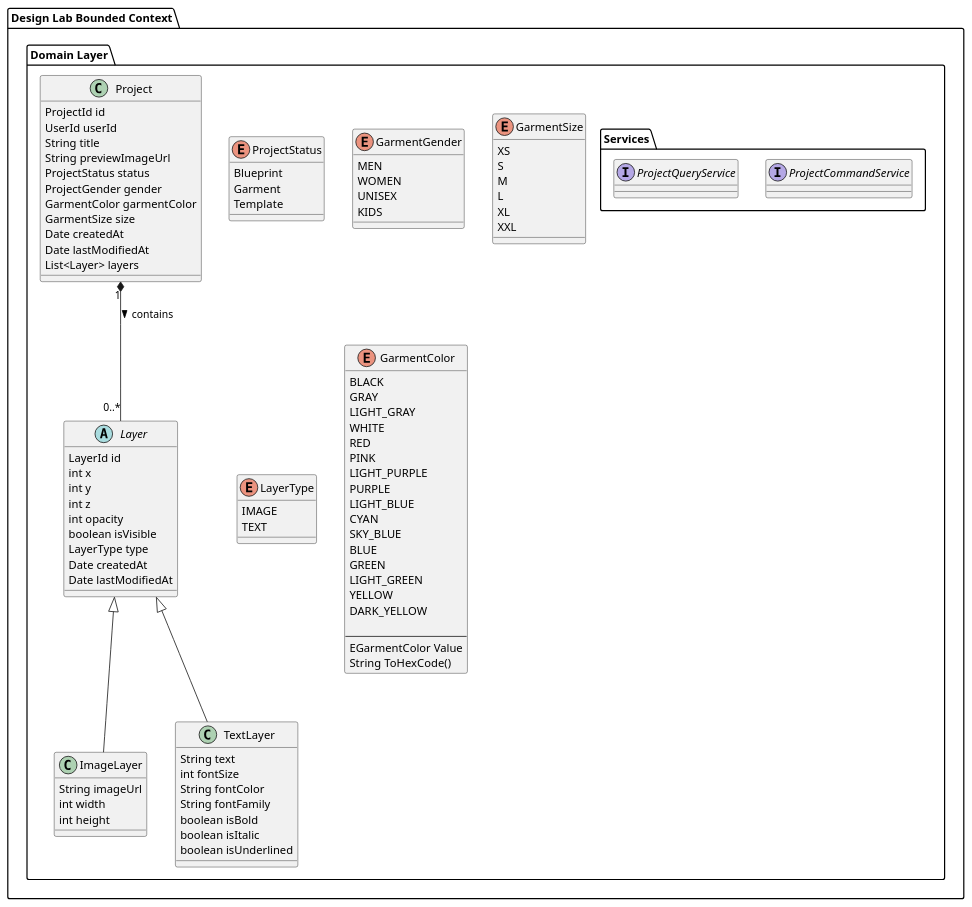
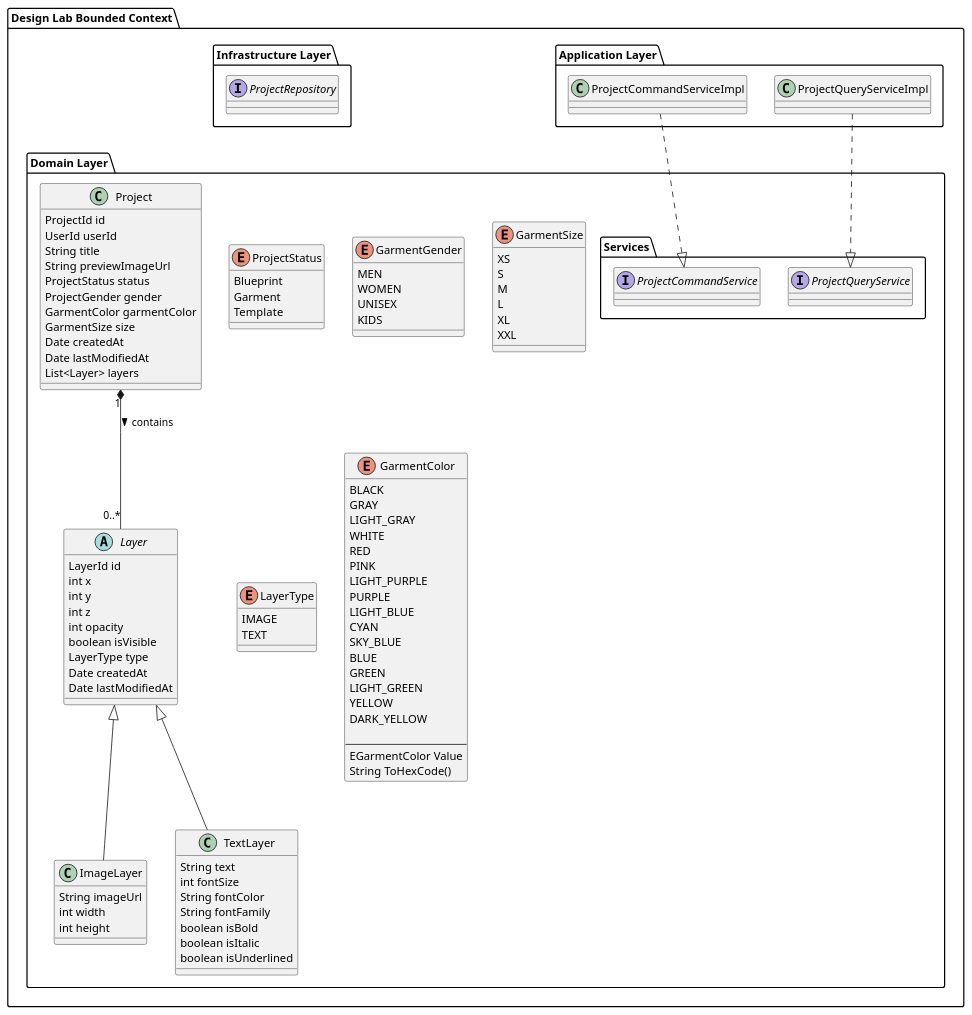
One commit to zGIKS/opensourceBACK changed the diagram in src/docs/DesignLabClassDiagram.puml. Above: the diagram before and after it, drawn with PlantUML.

Commit message:
feat: add application and infrastructure layers to class diagram

```diff
--- a/src/docs/DesignLabClassDiagram.puml
+++ b/src/docs/DesignLabClassDiagram.puml
@@ -1,110 +1,126 @@
 @startuml
 
 package "Design Lab Bounded Context" {
+
+    package "Application Layer" {
+        class ProjectCommandServiceImpl {
+        }
+        class ProjectQueryServiceImpl {
+        }
+
+    }
+
+    package "Infrastructure Layer" {
+        interface ProjectRepository {
+        }
+    }
 
     package "Domain Layer" {
 
         package "Services" {
             interface ProjectCommandService {
             }
 
             interface ProjectQueryService {
             }
         }
 
         enum ProjectStatus {
             Blueprint
             Garment
             Template
         }
 
         enum GarmentGender {
             MEN
             WOMEN
             UNISEX
             KIDS
         }
 
         enum GarmentSize {
             XS
             S
             M
             L
             XL
             XXL
         }
 
         enum LayerType {
             IMAGE
             TEXT
         }
 
         enum GarmentColor {
             BLACK
             GRAY
             LIGHT_GRAY
             WHITE
             RED
             PINK
             LIGHT_PURPLE
             PURPLE
             LIGHT_BLUE
             CYAN
             SKY_BLUE
             BLUE
             GREEN
             LIGHT_GREEN
             YELLOW
             DARK_YELLOW
 
             ---
             EGarmentColor Value
             String ToHexCode()
         }
 
         class "Project" {
             ProjectId id
             UserId userId
             String title
             String previewImageUrl
             ProjectStatus status
             ProjectGender gender
             GarmentColor garmentColor
             GarmentSize size
             Date createdAt
             Date lastModifiedAt
             List<Layer> layers
         }
 
         abstract class "Layer" {
             LayerId id
             int x
             int y
             int z
             int opacity
             boolean isVisible
             LayerType type
             Date createdAt
             Date lastModifiedAt
         }
 
         class "ImageLayer" extends "Layer" {
             String imageUrl
             int width
             int height
         }
 
         class "TextLayer" extends "Layer" {
             String text
             int fontSize
             String fontColor
             String fontFamily
             boolean isBold
             boolean isItalic
             boolean isUnderlined
         }
 
         Project "1" *-- "0..*" Layer : contains >
     }
+
+    ProjectCommandServiceImpl ..|> ProjectCommandService
+    ProjectQueryServiceImpl ..|> ProjectQueryService
 }
 @enduml
```
